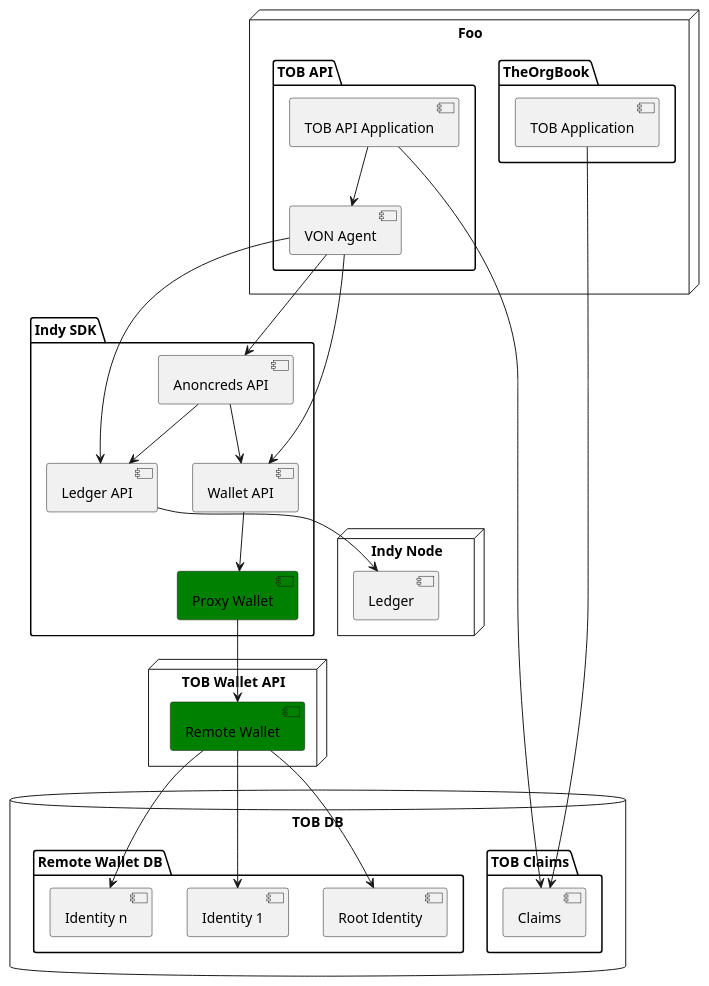
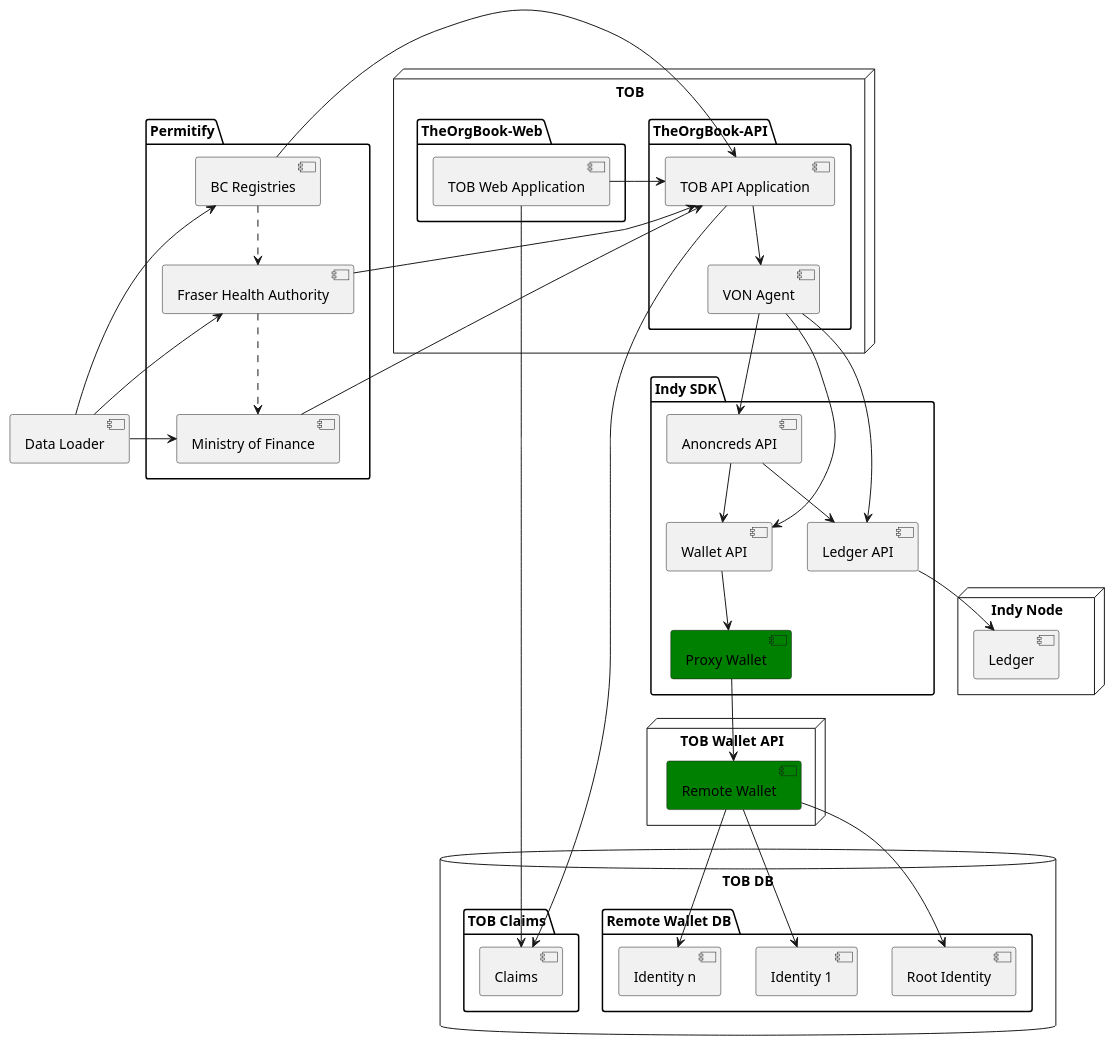
One commit to bcgov/indy-sdk changed the diagram in doc/wallet/ew-tob-design.puml. Above: the diagram before and after it, drawn with PlantUML. The commit also changed 1 other file, not shown here.

Commit message:
Updated TOB design diagram

```diff
--- a/doc/wallet/ew-tob-design.puml
+++ b/doc/wallet/ew-tob-design.puml
@@ -1,49 +1,67 @@
 @startuml
-node "Foo" {
-folder "TheOrgBook" {
-[TOB Application]
+node "TOB" {
+folder "TheOrgBook-Web" {
+[TOB Web Application]
 }
-folder "TOB API" {
+folder "TheOrgBook-API" {
 [TOB API Application]
 [VON Agent]
 }
 }
+folder "Permitify" {
+  [BC Registries]
+  [Fraser Health Authority]
+  [Ministry of Finance]
+}
+[BC Registries] .down.> [Fraser Health Authority]
+[Fraser Health Authority] .down.> [Ministry of Finance]
+
+[Data Loader] -left-> [BC Registries]
+[Data Loader] -left-> [Fraser Health Authority]
+[Data Loader] -left-> [Ministry of Finance]
+
+[BC Registries] -left-> [TOB API Application]
+[Fraser Health Authority] -left-> [TOB API Application]
+[Ministry of Finance] -left-> [TOB API Application]
+
 [TOB API Application] --> [VON Agent]
+[TOB Web Application] -left-> [TOB API Application]
+
 folder "Indy SDK" {
 [Ledger API]
 [Anoncreds API]
 [Wallet API]
 [Proxy Wallet]
 }
 component [Proxy Wallet] #Green
 [VON Agent] --> [Ledger API]
 [VON Agent] --> [Anoncreds API]
 [VON Agent] --> [Wallet API]
 [Anoncreds API] --> [Ledger API]
 [Anoncreds API] --> [Wallet API]
 [Wallet API] --> [Proxy Wallet]
 node "Indy Node" {
 [Ledger]
 }
 node "TOB Wallet API" {
 [Remote Wallet]
 }
 component [Remote Wallet] #Green
 database "TOB DB" {
 folder "TOB Claims" {
 [Claims]
 }
 folder "Remote Wallet DB" {
 [Root Identity]
 [Identity 1]
 [Identity n]
 }
 }
-[TOB Application] --> [Claims]
+[TOB Web Application] --> [Claims]
 [TOB API Application] --> [Claims]
 [Remote Wallet] --> [Root Identity]
 [Remote Wallet] --> [Identity 1]
 [Remote Wallet] --> [Identity n]
 [Proxy Wallet] --> [Remote Wallet]
 [Ledger API] --> [Ledger]
 @enduml
```
